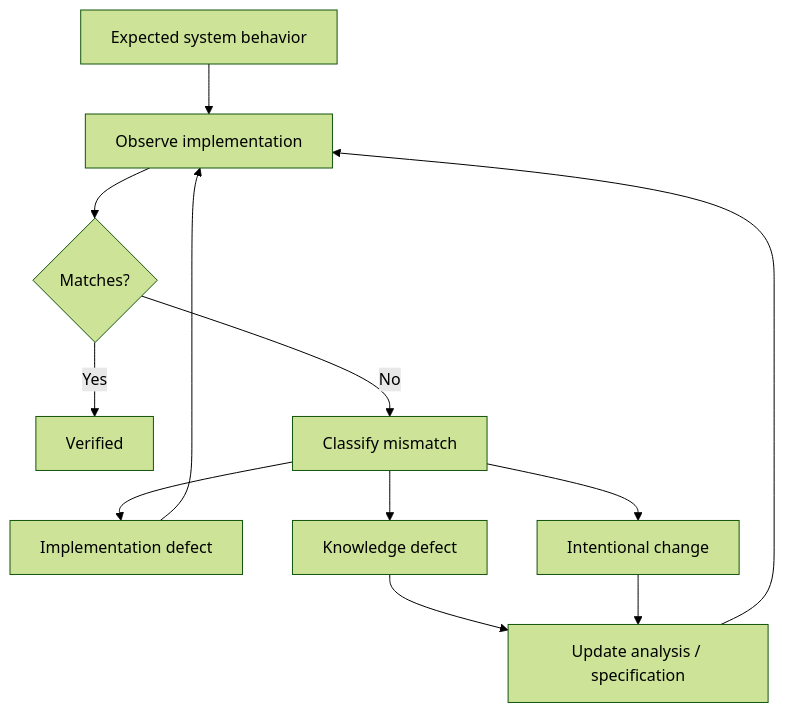
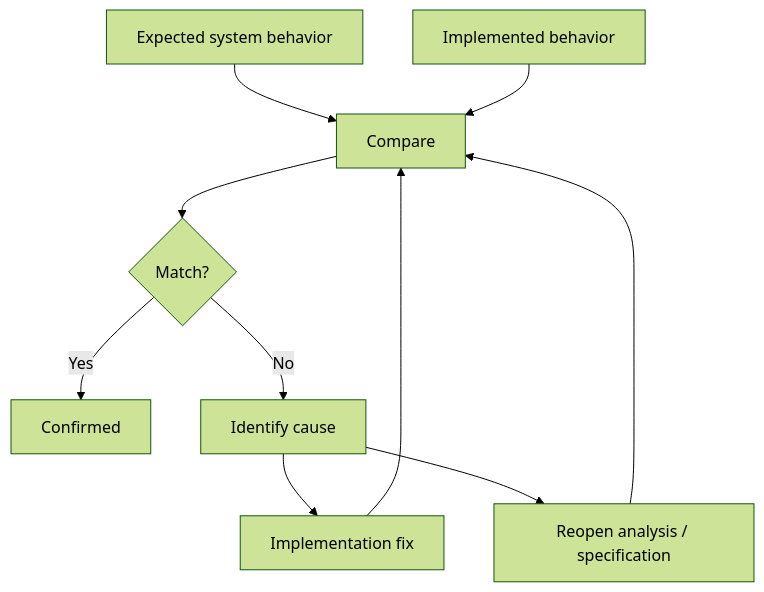
Before and after one commit to branch-danya-dev/ssad-methodology: the diagram in 02-workflow/07-verification/README.md, drawn with Mermaid (forest theme). The commit also changed other lines of this file, not shown here.

````diff
--- a/02-workflow/07-verification/README.md
+++ b/02-workflow/07-verification/README.md
@@ -34,14 +136,12 @@
 ```mermaid
 flowchart TD
-    A[Expected system behavior] --> B[Observe implementation]
-    B --> C{Matches?}
-    C -- Yes --> D[Verified]
-    C -- No --> E[Classify mismatch]
-    E --> F[Implementation defect]
-    E --> G[Knowledge defect]
-    E --> H[Intentional change]
-    F --> B
-    G --> I[Update analysis / specification]
-    H --> I
-    I --> B
+    A[Expected system behavior] --> C[Compare]
+    B[Implemented behavior] --> C
+    C --> D{Match?}
+    D -- Yes --> E[Confirmed]
+    D -- No --> F[Identify cause]
+    F --> G[Implementation fix]
+    F --> H[Reopen analysis / specification]
+    G --> C
+    H --> C
 ```
````
